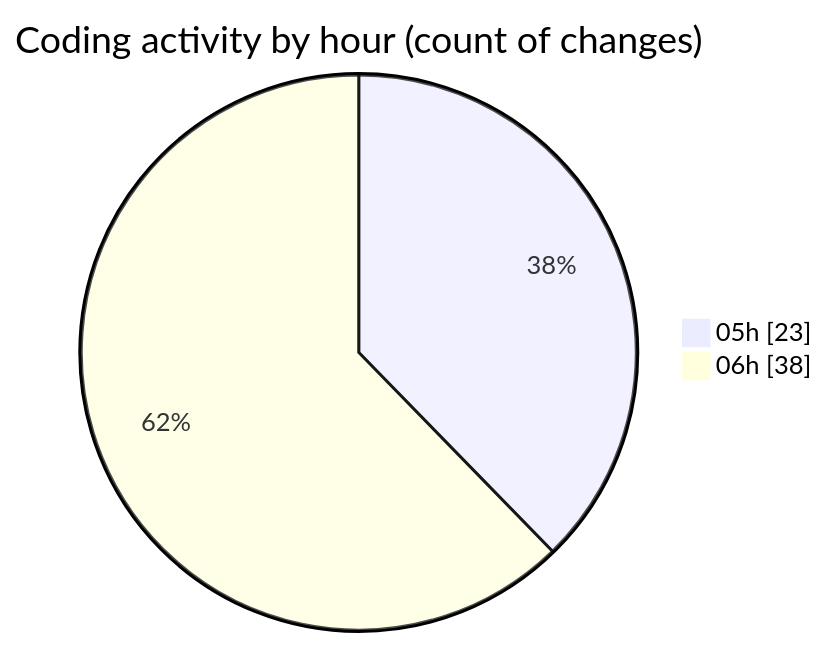
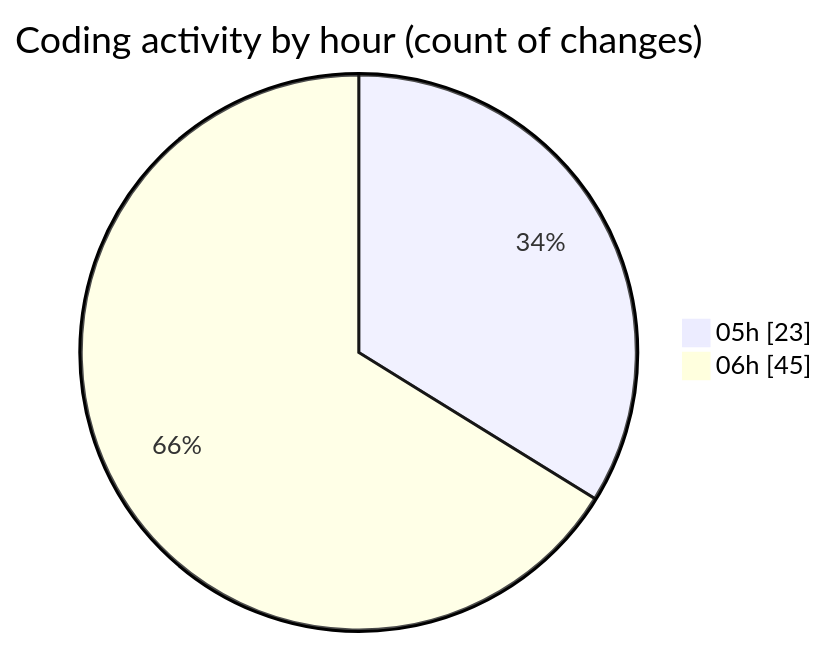
The second of 2 diagrams in 2025-05-21/fixme24/README.md (FixMe24/code-tracking), drawn with Mermaid before and after one commit. The commit also changed other lines of this file and 1 other file, not shown here.

````diff
--- a/2025-05-21/fixme24/README.md
+++ b/2025-05-21/fixme24/README.md
@@ -57,6 +58,6 @@
 ```mermaid
 pie showData
 title Coding activity by hour (count of changes)
 "05h" : 23
-"06h" : 38
+"06h" : 45
 ```
````
